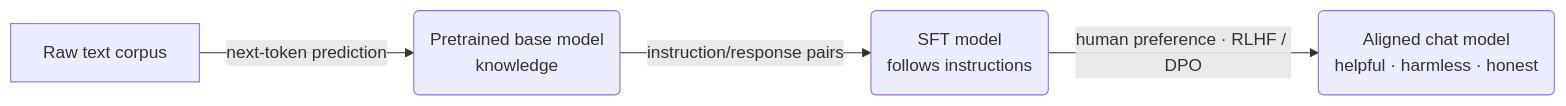
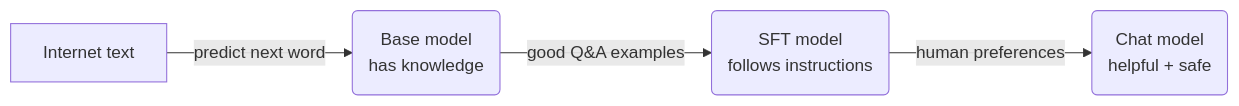
The second of 4 diagrams in 01-llm-foundations/concepts.md (Vnd443/agentic-ai-interview-prep), drawn with Mermaid before and after one commit. The commit also changed other lines of this file and 4 other files, not shown here.

````diff
--- a/01-llm-foundations/concepts.md
+++ b/01-llm-foundations/concepts.md
@@ -75,6 +178,6 @@
 ```mermaid
 flowchart LR
-    A[Raw text corpus] -->|next-token prediction| B(Pretrained base model<br/>knowledge)
-    B -->|instruction/response pairs| C(SFT model<br/>follows instructions)
-    C -->|human preference · RLHF / DPO| D(Aligned chat model<br/>helpful · harmless · honest)
+    A[Internet text] -->|predict next word| B(Base model<br/>has knowledge)
+    B -->|good Q&A examples| C(SFT model<br/>follows instructions)
+    C -->|human preferences| D(Chat model<br/>helpful + safe)
 ```
````
